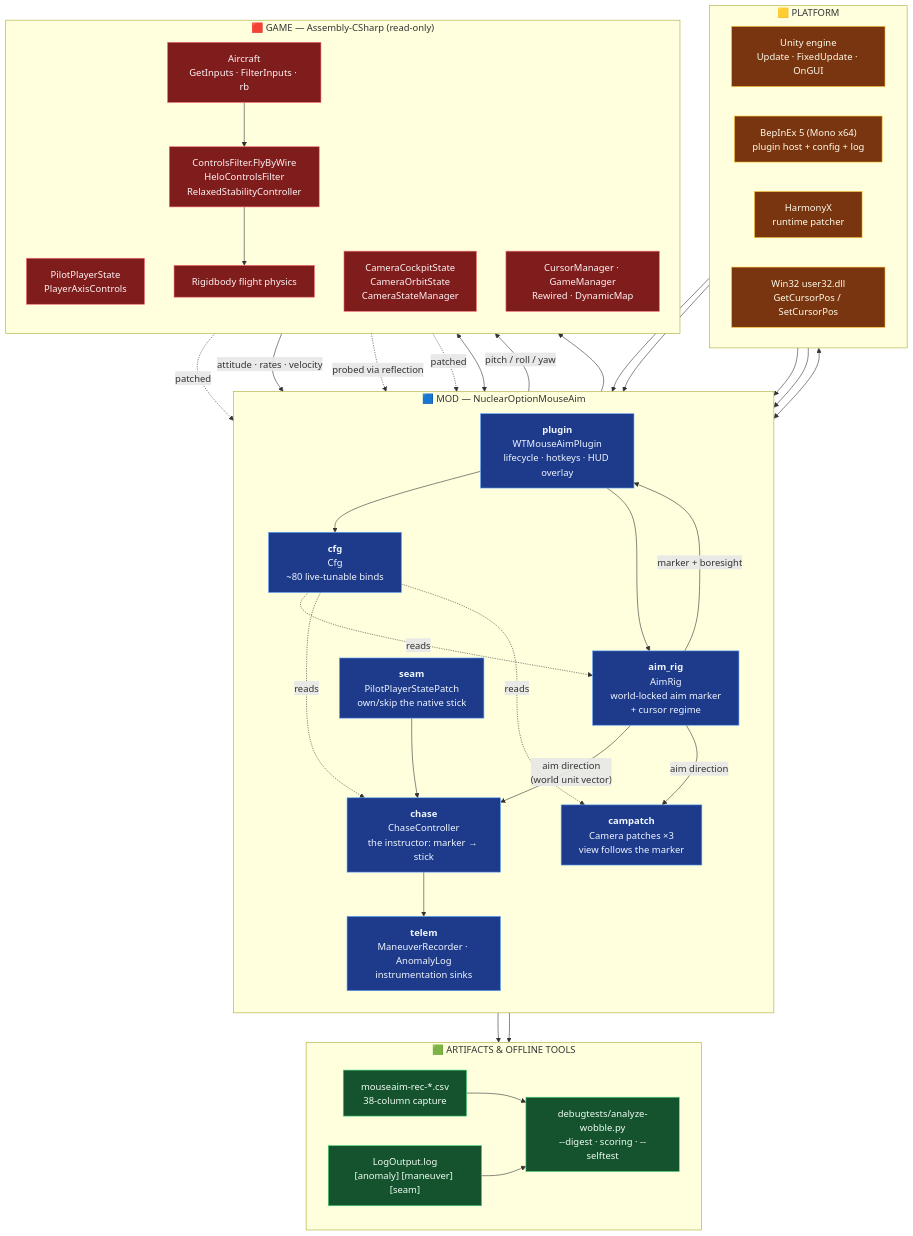
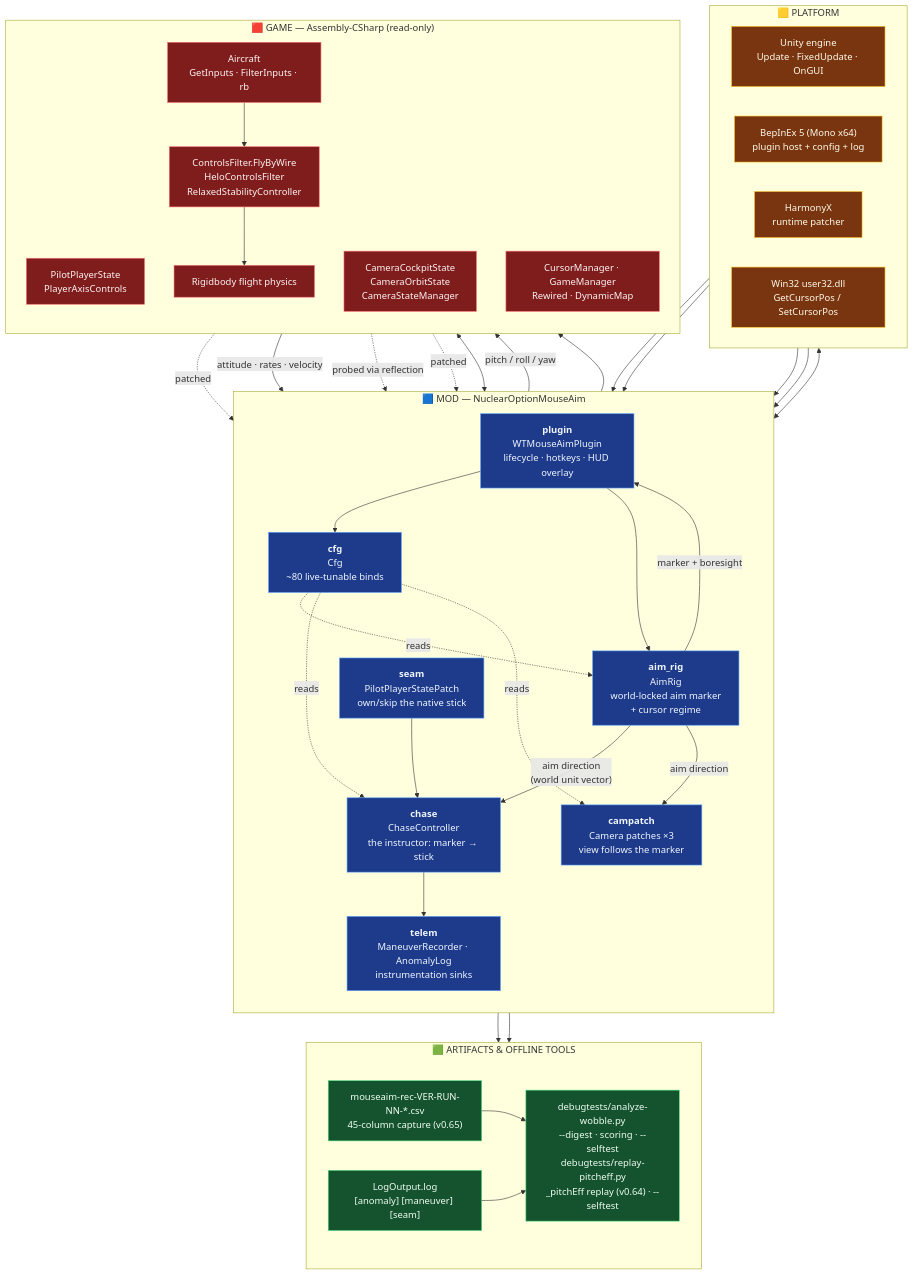
The first of 7 diagrams in ARCHITECTURE.md (cosistra/wt-mouse-aim), drawn with Mermaid before and after one commit. The commit also changed other lines of this file and 22 other files, not shown here.

````diff
--- a/ARCHITECTURE.md
+++ b/ARCHITECTURE.md
@@ -26,80 +26,80 @@
 ```mermaid
 flowchart TB
     subgraph PLAT["🟨 PLATFORM"]
         direction LR
         unity["Unity engine<br/>Update · FixedUpdate · OnGUI"]
         bepin["BepInEx 5 (Mono x64)<br/>plugin host + config + log"]
         harmony["HarmonyX<br/>runtime patcher"]
         win32["Win32 user32.dll<br/>GetCursorPos / SetCursorPos"]
     end
 
     subgraph MOD["🟦 MOD — NuclearOptionMouseAim"]
         direction TB
         plugin["<b>plugin</b><br/>WTMouseAimPlugin<br/>lifecycle · hotkeys · HUD overlay"]
         cfg["<b>cfg</b><br/>Cfg<br/>~80 live-tunable binds"]
         aim_rig["<b>aim_rig</b><br/>AimRig<br/>world-locked aim marker<br/>+ cursor regime"]
         chase["<b>chase</b><br/>ChaseController<br/>the instructor: marker → stick"]
         seam["<b>seam</b><br/>PilotPlayerStatePatch<br/>own/skip the native stick"]
         campatch["<b>campatch</b><br/>Camera patches ×3<br/>view follows the marker"]
         telem["<b>telem</b><br/>ManeuverRecorder · AnomalyLog<br/>instrumentation sinks"]
     end
 
     subgraph GAME["🟥 GAME — Assembly-CSharp (read-only)"]
         direction TB
         pps["PilotPlayerState<br/>PlayerAxisControls"]
         aircraft["Aircraft<br/>GetInputs · FilterInputs · rb"]
         filters["ControlsFilter.FlyByWire<br/>HeloControlsFilter<br/>RelaxedStabilityController"]
         camstates["CameraCockpitState<br/>CameraOrbitState<br/>CameraStateManager"]
         misc["CursorManager · GameManager<br/>Rewired · DynamicMap"]
         phys["Rigidbody flight physics"]
     end
 
     subgraph OUT["🟩 ARTIFACTS & OFFLINE TOOLS"]
         direction LR
         log["LogOutput.log<br/>[anomaly] [maneuver] [seam]"]
-        csv["mouseaim-rec-*.csv<br/>38-column capture"]
-        pytool["debugtests/analyze-wobble.py<br/>--digest · scoring · --selftest"]
+        csv["mouseaim-rec-VER-RUN-NN-*.csv<br/>45-column capture (v0.65)"]
+        pytool["debugtests/analyze-wobble.py<br/>--digest · scoring · --selftest<br/>debugtests/replay-pitcheff.py<br/>_pitchEff replay (v0.64) · --selftest"]
     end
 
     bepin --> plugin
     unity --> plugin
     harmony --> seam
     harmony --> campatch
     win32 <--> aim_rig
 
     plugin --> cfg
     plugin --> aim_rig
     cfg -.->|"reads"| aim_rig
     cfg -.->|"reads"| chase
     cfg -.->|"reads"| campatch
 
     aim_rig -->|"aim direction<br/>(world unit vector)"| chase
     aim_rig -->|"aim direction"| campatch
     aim_rig -->|"marker + boresight"| plugin
 
     pps -.->|"patched"| seam
     seam --> chase
     chase -->|"pitch / roll / yaw"| aircraft
     aircraft --> filters --> phys
     phys -->|"attitude · rates · velocity"| chase
     filters -.->|"probed via reflection"| chase
 
     camstates -.->|"patched"| campatch
     campatch --> camstates
     misc <--> aim_rig
 
     chase --> telem
     telem --> log
     telem --> csv
     csv --> pytool
     log --> pytool
 
     classDef mod fill:#1e3a8a,stroke:#60a5fa,color:#eff6ff
     classDef game fill:#7f1d1d,stroke:#f87171,color:#fef2f2
     classDef plat fill:#78350f,stroke:#fbbf24,color:#fffbeb
     classDef art fill:#14532d,stroke:#4ade80,color:#f0fdf4
     class plugin,cfg,aim_rig,chase,seam,campatch,telem mod
     class pps,aircraft,filters,camstates,misc,phys game
     class unity,bepin,harmony,win32 plat
     class log,csv,pytool art
 ```
````
